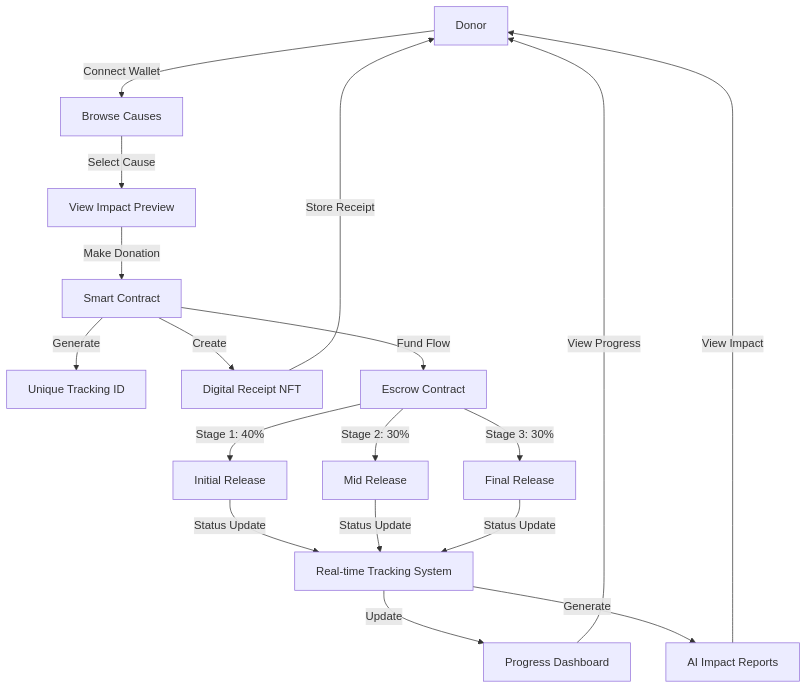
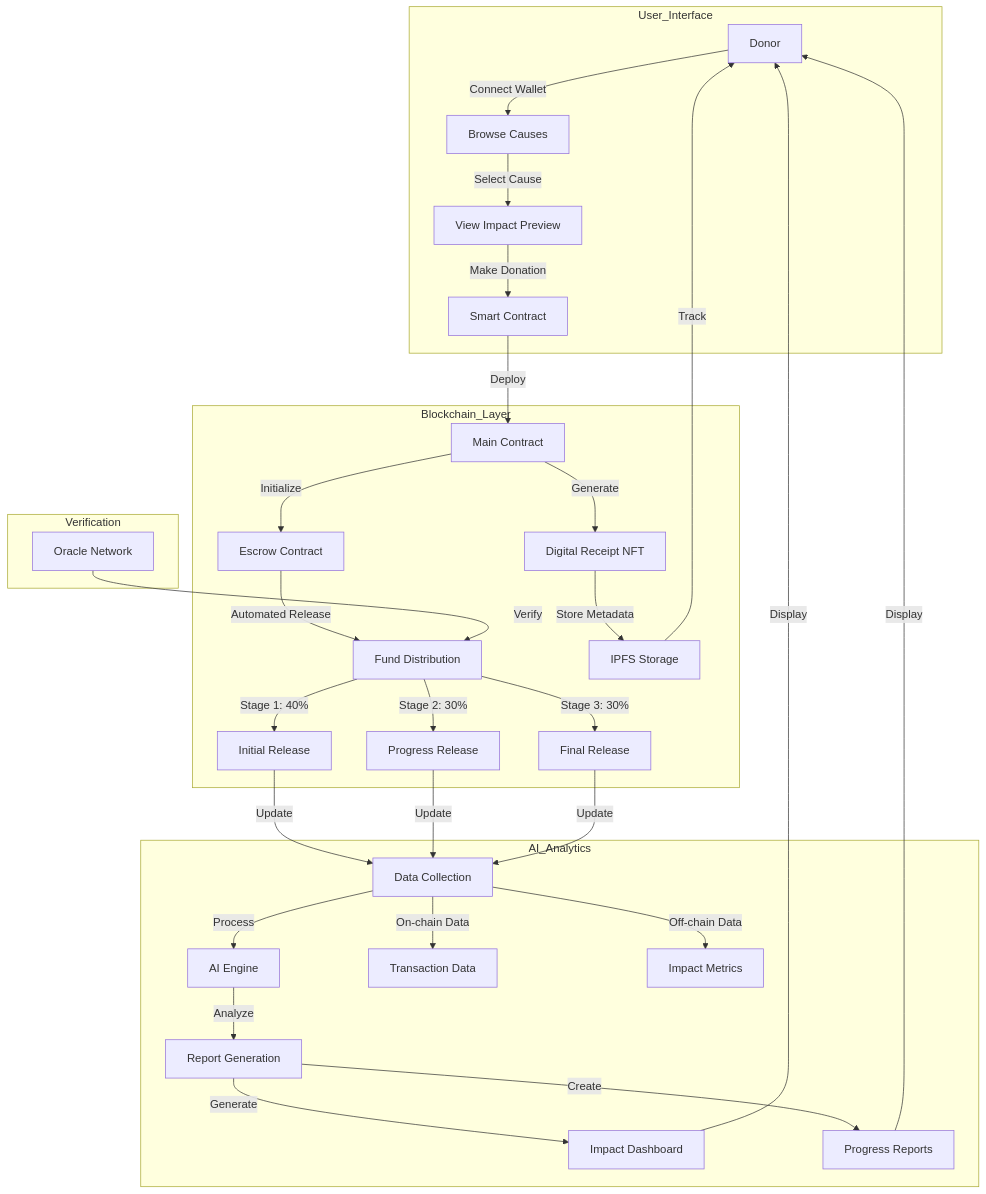
Before and after one commit to kedarvartak/ImpactChain-Innerve-Hackathon: the first of 2 diagrams in README.md, drawn with Mermaid. The commit also changed other lines of this file, not shown here.

````diff
--- a/README.md
+++ b/README.md
@@ -29,23 +31,45 @@
 ```mermaid
 graph TD
-    A[Donor] -->|Connect Wallet| B[Browse Causes]
-    B -->|Select Cause| C[View Impact Preview]
-    C -->|Make Donation| D[Smart Contract]
-    
-    D -->|Generate| E[Unique Tracking ID]
-    D -->|Create| F[Digital Receipt NFT]
-    
-    D -->|Fund Flow| G[Escrow Contract]
-    G -->|Stage 1: 40%| H[Initial Release]
-    G -->|Stage 2: 30%| I[Mid Release]
-    G -->|Stage 3: 30%| J[Final Release]
-    
-    K[Real-time Tracking System] -->|Update| L[Progress Dashboard]
-    K -->|Generate| M[AI Impact Reports]
-    
-    H & I & J -->|Status Update| K
-    
-    L -->|View Progress| A
-    M -->|View Impact| A
-    F -->|Store Receipt| A
+    subgraph User_Interface
+        A[Donor] -->|Connect Wallet| B[Browse Causes]
+        B -->|Select Cause| C[View Impact Preview]
+        C -->|Make Donation| D[Smart Contract]
+    end
+
+    subgraph Blockchain_Layer
+        D -->|Deploy| E[Main Contract]
+        E -->|Generate| F[Digital Receipt NFT]
+        E -->|Initialize| G[Escrow Contract]
+        
+        G -->|Automated Release| H[Fund Distribution]
+        H -->|Stage 1: 40%| I[Initial Release]
+        H -->|Stage 2: 30%| J[Progress Release]
+        H -->|Stage 3: 30%| K[Final Release]
+        
+        F -->|Store Metadata| L[IPFS Storage]
+    end
+
+    subgraph AI_Analytics
+        N[Data Collection]
+        O[AI Engine]
+        P[Report Generation]
+        
+        N -->|Process| O
+        O -->|Analyze| P
+        
+        N -->|On-chain Data| Q[Transaction Data]
+        N -->|Off-chain Data| R[Impact Metrics]
+        
+        P -->|Generate| V[Impact Dashboard]
+        P -->|Create| W[Progress Reports]
+    end
+
+    subgraph Verification
+        X[Oracle Network]
+        X -->|Verify| H
+    end
+
+    I & J & K -->|Update| N
+    V & W -->|Display| A
+    L -->|Track| A
 ```
````
